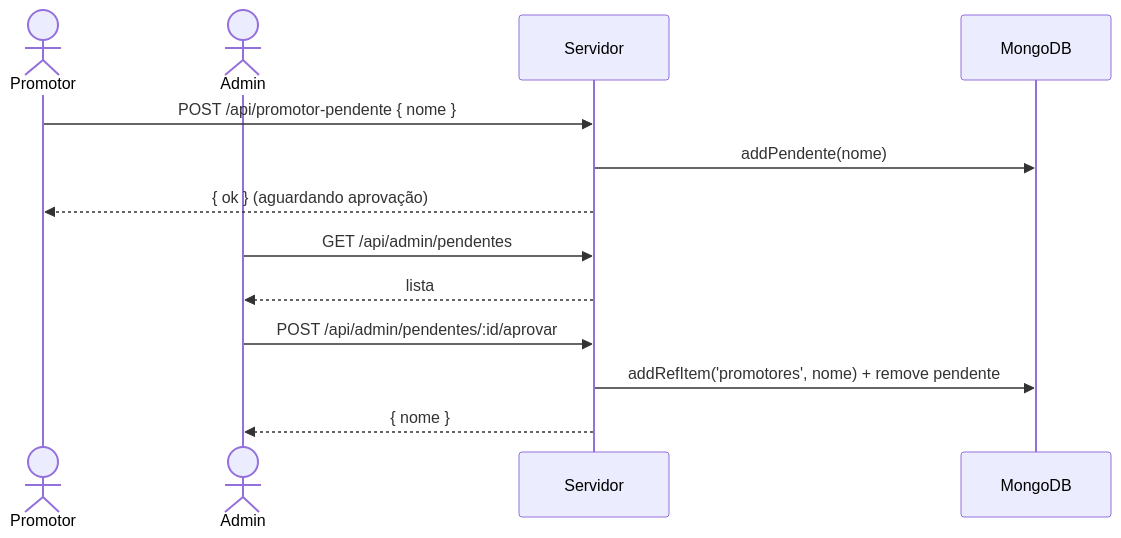
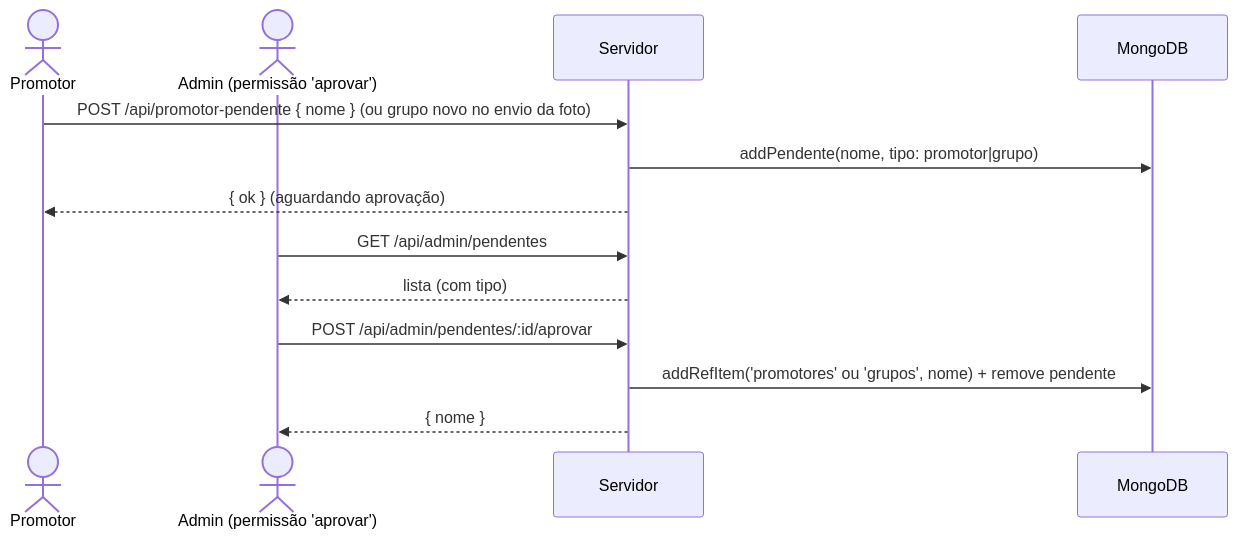
One commit to Vaniteux2006/pdv_memphis changed the fifth of 6 diagrams in docs/05-sequencia.md. Above: the diagram before and after it, drawn with Mermaid. The commit also changed other lines of this file and 10 other files, not shown here.

````diff
--- a/docs/05-sequencia.md
+++ b/docs/05-sequencia.md
@@ -93,15 +96,15 @@
 ```mermaid
 sequenceDiagram
   actor Pr as Promotor
-  actor Ad as Admin
+  actor Ad as Admin (permissão 'aprovar')
   participant S as Servidor
   participant DB as MongoDB
-  Pr->>S: POST /api/promotor-pendente { nome }
-  S->>DB: addPendente(nome)
+  Pr->>S: POST /api/promotor-pendente { nome }  (ou grupo novo no envio da foto)
+  S->>DB: addPendente(nome, tipo: promotor|grupo)
   S-->>Pr: { ok } (aguardando aprovação)
   Ad->>S: GET /api/admin/pendentes
-  S-->>Ad: lista
+  S-->>Ad: lista (com tipo)
   Ad->>S: POST /api/admin/pendentes/:id/aprovar
-  S->>DB: addRefItem('promotores', nome) + remove pendente
+  S->>DB: addRefItem('promotores' ou 'grupos', nome) + remove pendente
   S-->>Ad: { nome }
 ```
````
